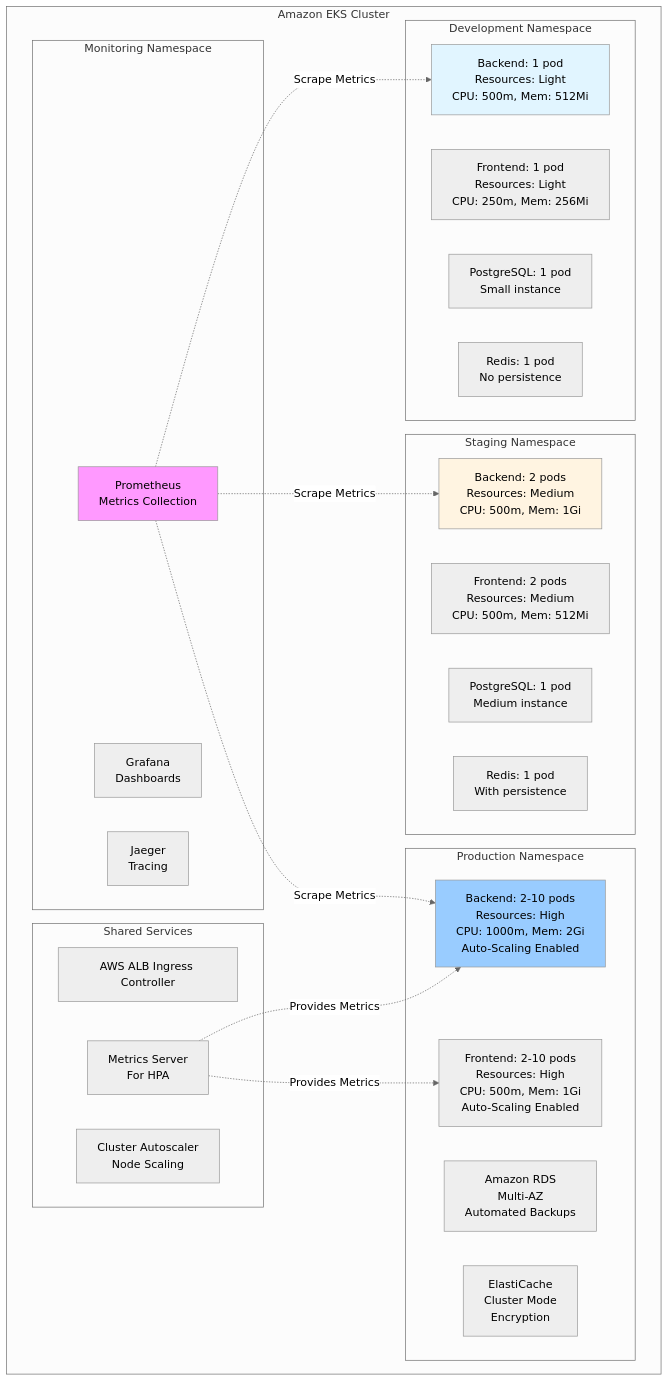
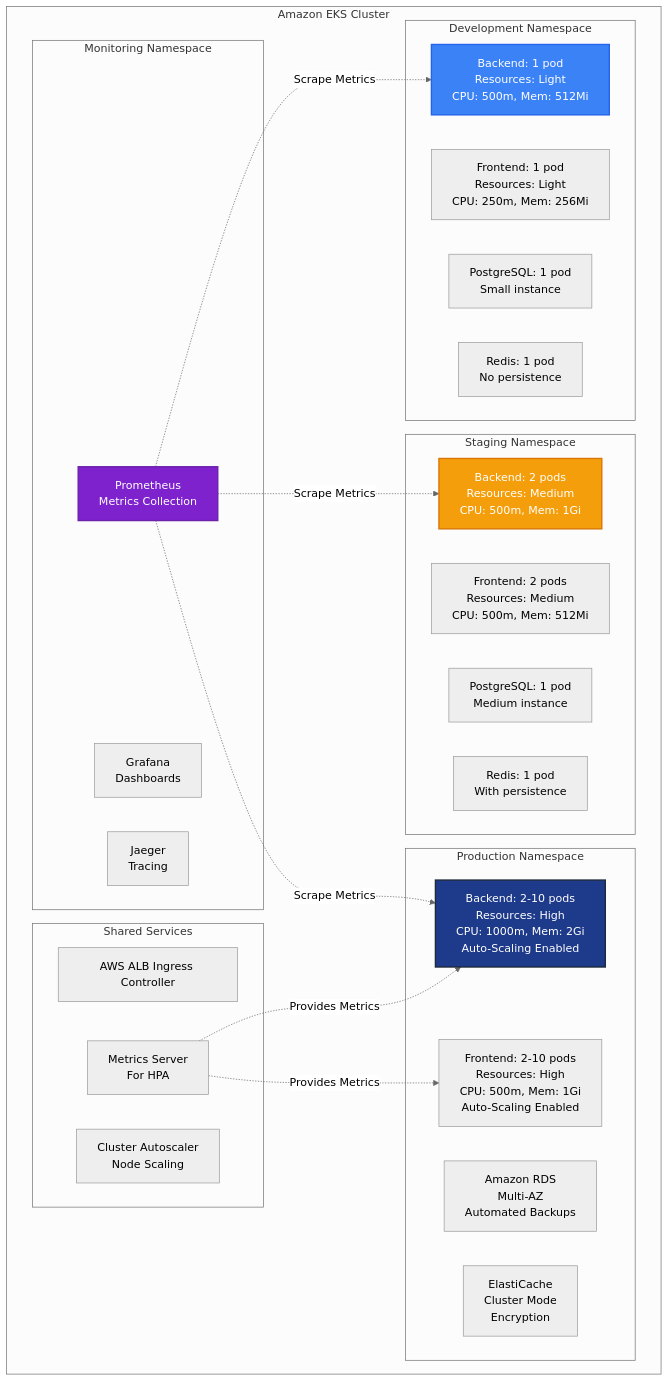
The fifth of 11 diagrams in ARCHITECTURE.md (gauravumrane29/my_Hands_On_Projects), drawn with Mermaid (neutral theme) before and after one commit. The commit also changed other lines of this file and 1 other file, not shown here.

````diff
--- a/ARCHITECTURE.md
+++ b/ARCHITECTURE.md
@@ -262,49 +262,49 @@
 ```mermaid
 graph TB
     subgraph "Amazon EKS Cluster"
         subgraph "Development Namespace"
             DevBackend[Backend: 1 pod<br/>Resources: Light<br/>CPU: 500m, Mem: 512Mi]
             DevFrontend[Frontend: 1 pod<br/>Resources: Light<br/>CPU: 250m, Mem: 256Mi]
             DevDB[PostgreSQL: 1 pod<br/>Small instance]
             DevRedis[Redis: 1 pod<br/>No persistence]
         end
         
         subgraph "Staging Namespace"
             StgBackend[Backend: 2 pods<br/>Resources: Medium<br/>CPU: 500m, Mem: 1Gi]
             StgFrontend[Frontend: 2 pods<br/>Resources: Medium<br/>CPU: 500m, Mem: 512Mi]
             StgDB[PostgreSQL: 1 pod<br/>Medium instance]
             StgRedis[Redis: 1 pod<br/>With persistence]
         end
         
         subgraph "Production Namespace"
             ProdBackend[Backend: 2-10 pods<br/>Resources: High<br/>CPU: 1000m, Mem: 2Gi<br/>Auto-Scaling Enabled]
             ProdFrontend[Frontend: 2-10 pods<br/>Resources: High<br/>CPU: 500m, Mem: 1Gi<br/>Auto-Scaling Enabled]
             ProdDB[Amazon RDS<br/>Multi-AZ<br/>Automated Backups]
             ProdRedis[ElastiCache<br/>Cluster Mode<br/>Encryption]
         end
         
         subgraph "Monitoring Namespace"
             Prometheus[Prometheus<br/>Metrics Collection]
             Grafana[Grafana<br/>Dashboards]
             Jaeger[Jaeger<br/>Tracing]
         end
         
         subgraph "Shared Services"
             IngressController[AWS ALB Ingress Controller]
             MetricsServer[Metrics Server<br/>For HPA]
             ClusterAutoscaler[Cluster Autoscaler<br/>Node Scaling]
         end
     end
     
     Prometheus -.->|Scrape Metrics| DevBackend
     Prometheus -.->|Scrape Metrics| StgBackend
     Prometheus -.->|Scrape Metrics| ProdBackend
     
     MetricsServer -.->|Provides Metrics| ProdBackend
     MetricsServer -.->|Provides Metrics| ProdFrontend
     
-    style DevBackend fill:#e1f5ff
-    style StgBackend fill:#fff4e1
-    style ProdBackend fill:#99ccff
-    style Prometheus fill:#ff99ff
+    style DevBackend fill:#3b82f6,stroke:#2563eb,stroke-width:2px,color:#fff
+    style StgBackend fill:#f59e0b,stroke:#d97706,stroke-width:2px,color:#fff
+    style ProdBackend fill:#1e3a8a,stroke:#1e293b,stroke-width:2px,color:#fff
+    style Prometheus fill:#7e22ce,stroke:#6b21a8,stroke-width:2px,color:#fff
 ```
````
